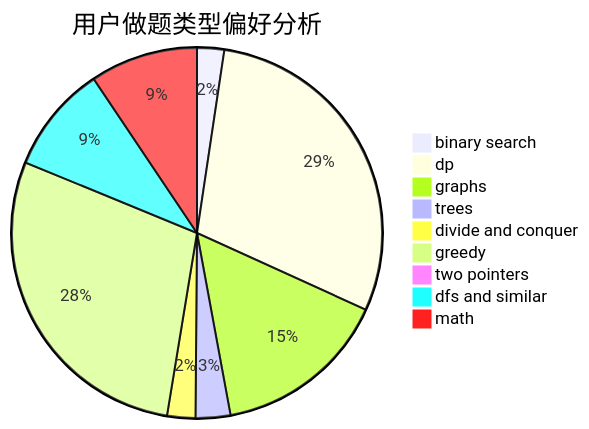
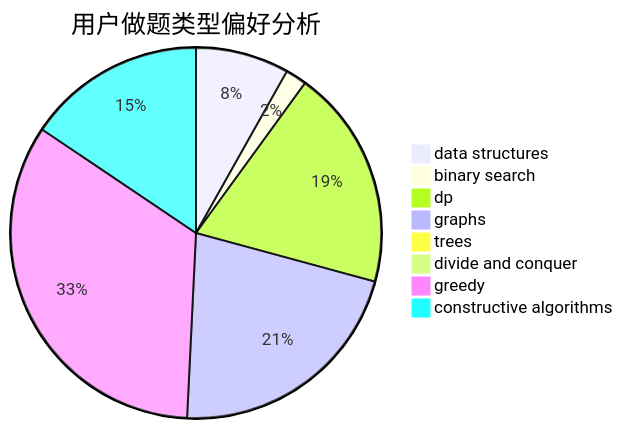
The second of 3 diagrams in docs/user/u855.md (sherpahu/cfrs.github.io), drawn with Mermaid before and after one commit. The commit also changed other lines of this file and 2775 other files, not shown here.

````diff
--- a/docs/user/u855.md
+++ b/docs/user/u855.md
@@ -23,12 +23,11 @@
 ```mermaid
 pie title 用户做题类型偏好分析
-    "binary search" :  46
-    "dp" :  573
-    "graphs" :  298
-    "trees" :  59
-    "divide and conquer" :  48
-    "greedy" :  557
-    "two pointers" :  15
-    "dfs and similar" :  183
-    "math" :  183
+    "data structures" :  101
+    "binary search" :  23
+    "dp" :  238
+    "graphs" :  267
+    "trees" :  6
+    "divide and conquer" :  10
+    "greedy" :  417
+    "constructive algorithms" :  193
 ```
````
